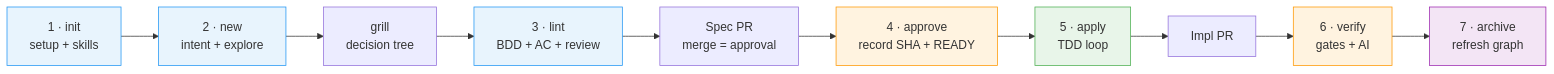
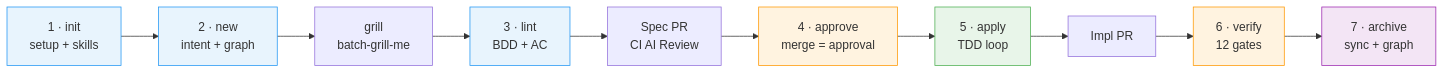
One commit to akjamie/agentic-sdlc changed the first of 2 diagrams in README.md. Above: the diagram before and after it, drawn with Mermaid. The commit also changed other lines of this file, not shown here.

Commit message:
docs(readme): refactor skills and 7-stages tables for modern layout and prevent command wraps

````diff
--- a/README.md
+++ b/README.md
@@ -111,16 +112,16 @@
 ```mermaid
 flowchart LR
-    S1["1 · init<br/>setup + skills"] --> S2["2 · new<br/>intent + explore"]
-    S2 --> G["grill<br/>decision tree"] --> S3["3 · lint<br/>BDD + AC + review"]
-    S3 --> PR["Spec PR<br/>merge = approval"] --> S4["4 · approve<br/>record SHA + READY"]
+    S1["1 · init<br/>setup + skills"] --> S2["2 · new<br/>intent + graph"]
+    S2 --> G["grill<br/>batch-grill-me"] --> S3["3 · lint<br/>BDD + AC"]
+    S3 --> PR["Spec PR<br/>CI AI Review"] --> S4["4 · approve<br/>merge = approval"]
     S4 --> S5["5 · apply<br/>TDD loop"] --> PR2["Impl PR"]
-    PR2 --> S6["6 · verify<br/>gates + AI"] --> S7["7 · archive<br/>refresh graph"]
+    PR2 --> S6["6 · verify<br/>12 gates"] --> S7["7 · archive<br/>sync + graph"]
 
     style S1 fill:#e8f4fd,stroke:#2196f3
     style S2 fill:#e8f4fd,stroke:#2196f3
     style S3 fill:#e8f4fd,stroke:#2196f3
     style S4 fill:#fff3e0,stroke:#ff9800
     style S5 fill:#e8f5e9,stroke:#4caf50
     style S6 fill:#fff3e0,stroke:#ff9800
     style S7 fill:#f3e5f5,stroke:#9c27b0
 ```
````
